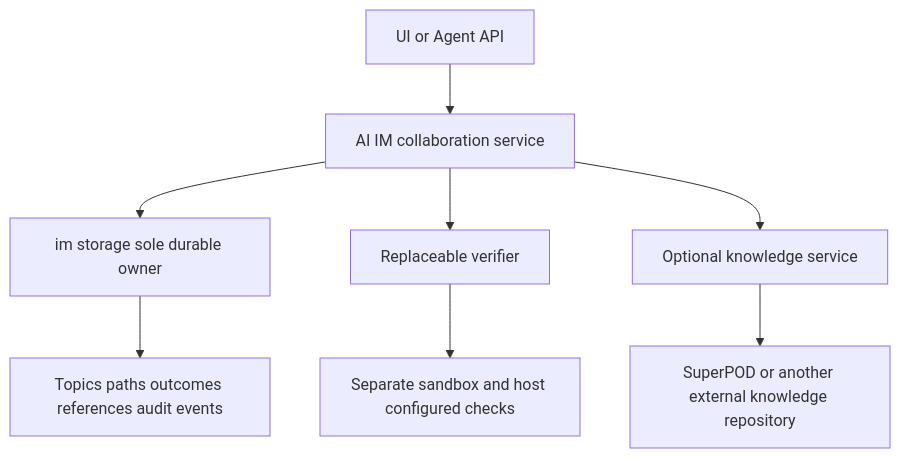
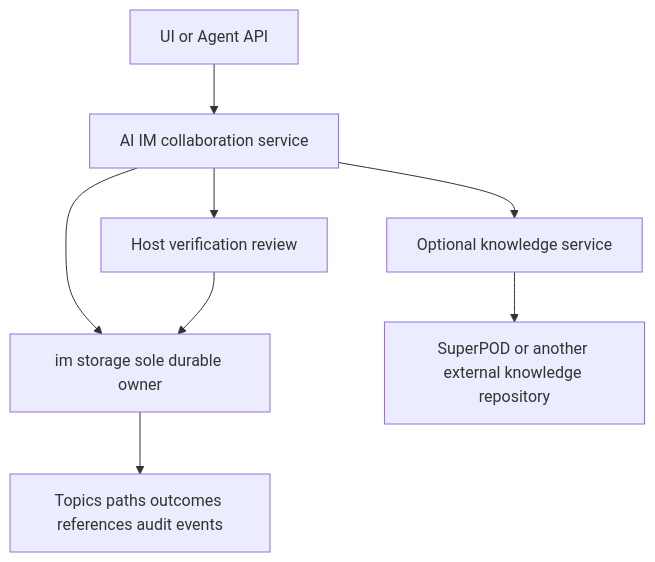
Before and after one commit to coolplayagent/agent-research-lab: the diagram in docs/en/design/07-outcomes.md, drawn with Mermaid. The commit also changed other lines of this file and 68 other files, not shown here.

Commit message:
Simplify service settings and move outcome verification to host

````diff
--- a/docs/en/design/07-outcomes.md
+++ b/docs/en/design/07-outcomes.md
@@ -33,10 +33,10 @@
 ```mermaid
 flowchart TB
   U[UI or Agent API] --> H[AI IM collaboration service]
   H --> S[im storage sole durable owner]
   S --> P[Topics paths outcomes references audit events]
-  H --> V[Replaceable verifier]
-  V --> X[Separate sandbox and host configured checks]
+  H --> V[Host verification review]
+  V --> S
   H --> K[Optional knowledge service]
   K --> E[SuperPOD or another external knowledge repository]
 ```
````
